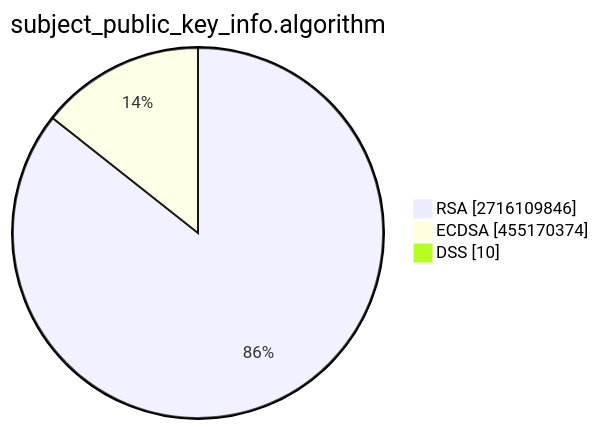
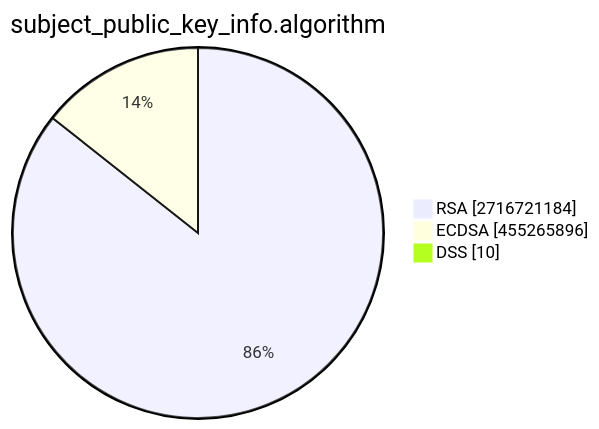
One commit to christiankrug/ctmonitor_visualization changed the second of 15 diagrams in TOTAL/README.md. Above: the diagram before and after it, drawn with Mermaid. The commit also changed other lines of this file, not shown here.

````diff
--- a/TOTAL/README.md
+++ b/TOTAL/README.md
@@ -6,7 +6,7 @@
 ```mermaid
 pie showData
 title subject_public_key_info.algorithm
-"RSA" :2716109846
-"ECDSA" :455170374
+"RSA" :2716721184
+"ECDSA" :455265896
 "DSS" :10
 ```
````
